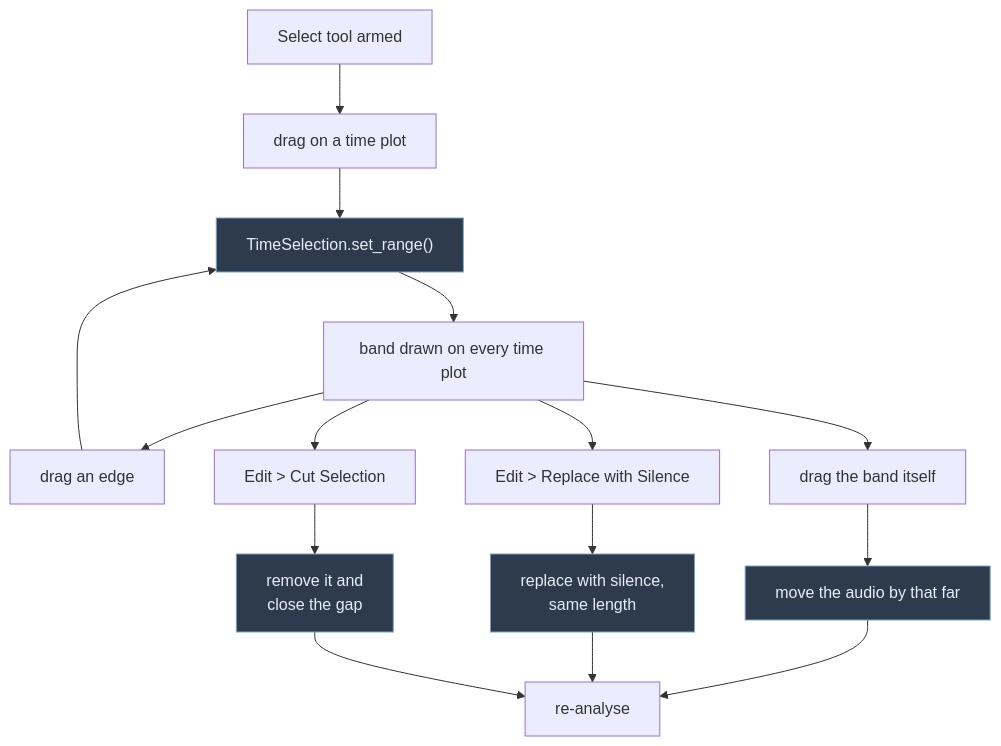
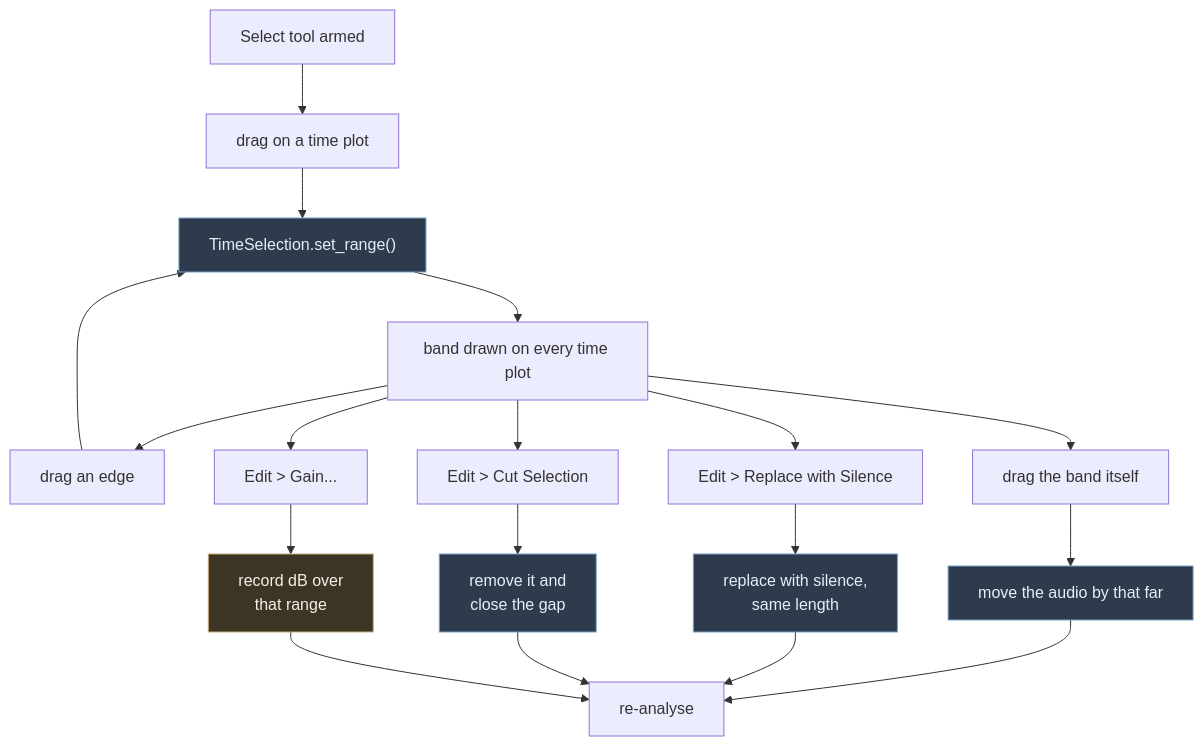
The first of 2 diagrams in src/ui/AudioEditing.md (fabstr/voicevis), drawn with Mermaid before and after one commit. The commit also changed other lines of this file and 14 other files, not shown here.

````diff
--- a/src/ui/AudioEditing.md
+++ b/src/ui/AudioEditing.md
@@ -9,18 +14,22 @@
 ```mermaid
 flowchart TD
     S["Select tool armed"] --> D["drag on a time plot"]
     D --> R["TimeSelection.set_range()"]
     R --> B["band drawn on every time plot"]
 
     B --> E["drag an edge"] --> R
     B --> M["drag the band itself"] --> MV["move the audio by that far"]
     B --> Z["Edit &gt; Replace with Silence"] --> SI["replace with silence,<br/>same length"]
     B --> C["Edit &gt; Cut Selection"] --> CU["remove it and<br/>close the gap"]
+    B --> G["Edit &gt; Gain..."] --> GA["record dB over<br/>that range"]
 
     MV --> RA["re-analyse"]
     SI --> RA
     CU --> RA
+    GA --> RA
 
     classDef act fill:#2d3b4d,stroke:#7aa2c8,color:#e8eef5
+    classDef soft fill:#3d3524,stroke:#c8ab7a,color:#f5efe8
     class R,MV,SI,CU act
+    class GA soft
 ```
````
